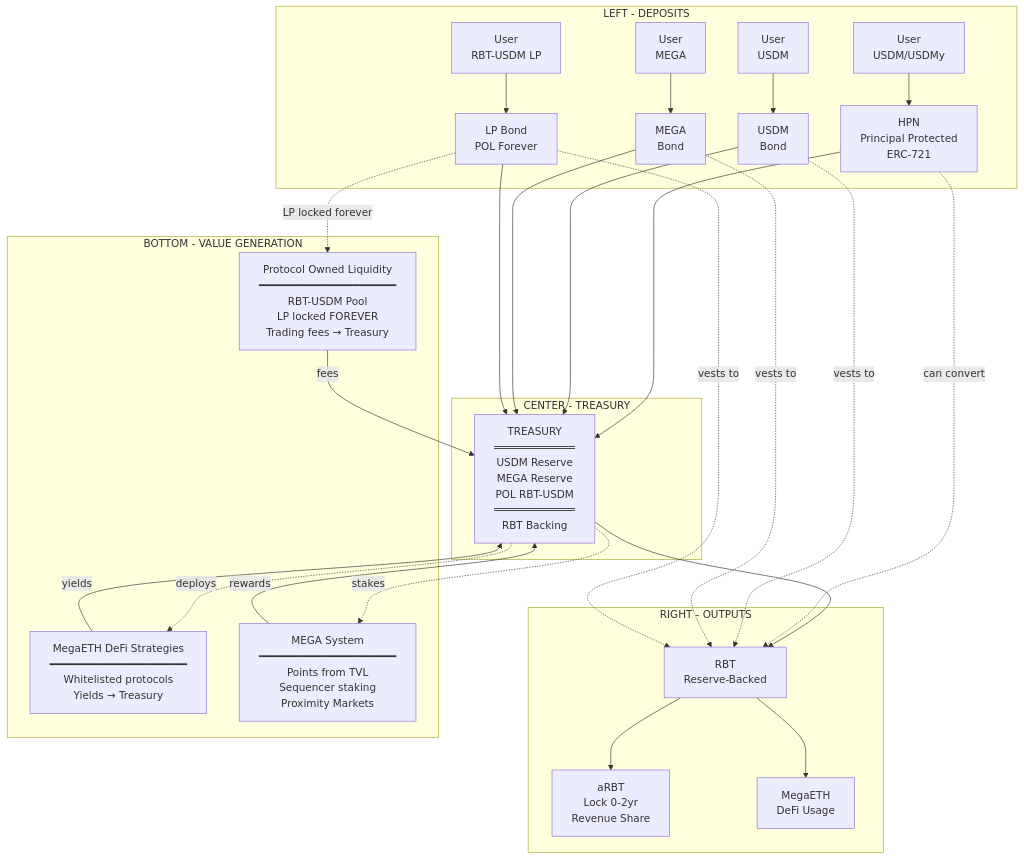
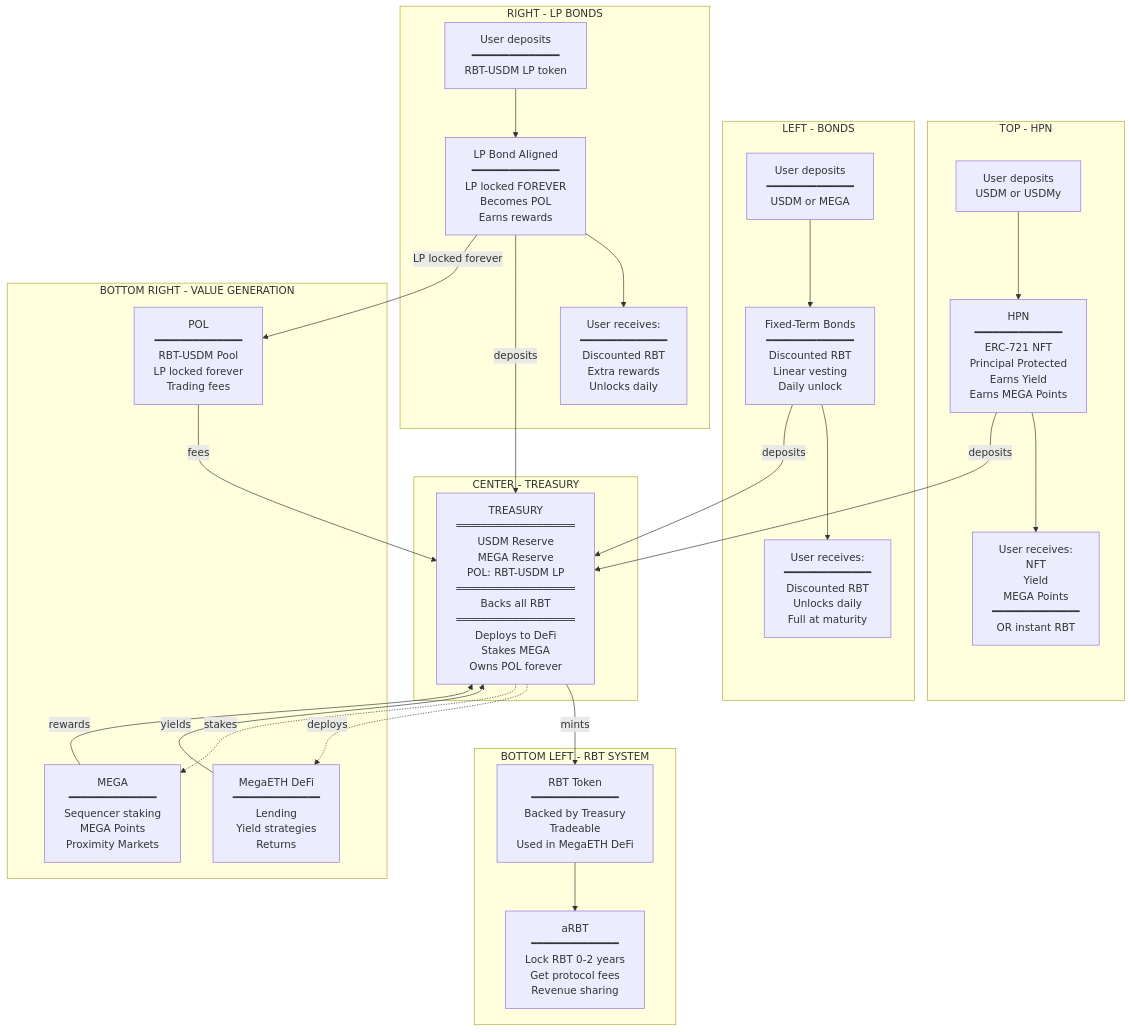
Before and after one commit to 0xJaehaerys/ohmega: the diagram in blackhaven-complete-system.md, drawn with Mermaid.

Commit message:
Add user flow arrows: show what users deposit and receive at each step

````diff
--- a/blackhaven-complete-system.md
+++ b/blackhaven-complete-system.md
@@ -5,62 +5,67 @@
 ```mermaid
 graph TB
-    subgraph "LEFT - DEPOSITS"
-        USER_HPN[User<br/>USDM/USDMy]
-        USER_USDM[User<br/>USDM]
-        USER_MEGA[User<br/>MEGA]
-        USER_LP[User<br/>RBT-USDM LP]
-        
-        HPN[HPN<br/>Principal Protected<br/>ERC-721]
-        BOND_USDM[USDM<br/>Bond]
-        BOND_MEGA[MEGA<br/>Bond]
-        LP_BOND[LP Bond<br/>POL Forever]
+    subgraph "TOP - HPN"
+        USER_HPN[User deposits<br/>USDM or USDMy]
+        HPN[HPN<br/>━━━━━━━━━━━━━━<br/>ERC-721 NFT<br/>Principal Protected<br/>Earns Yield<br/>Earns MEGA Points]
+        USER_HPN_OUT[User receives:<br/>NFT<br/>Yield<br/>MEGA Points<br/>━━━━━━━━━━━━━━<br/>OR instant RBT]
         
         USER_HPN --> HPN
-        USER_USDM --> BOND_USDM
-        USER_MEGA --> BOND_MEGA
-        USER_LP --> LP_BOND
+        HPN --> USER_HPN_OUT
+    end
+    
+    subgraph "LEFT - BONDS"
+        USER_BONDS[User deposits<br/>━━━━━━━━━━━━━━<br/>USDM or MEGA]
+        
+        BONDS[Fixed-Term Bonds<br/>━━━━━━━━━━━━━━<br/>Discounted RBT<br/>Linear vesting<br/>Daily unlock]
+        
+        USER_BONDS_OUT[User receives:<br/>━━━━━━━━━━━━━━<br/>Discounted RBT<br/>Unlocks daily<br/>Full at maturity]
+        
+        USER_BONDS --> BONDS
+        BONDS --> USER_BONDS_OUT
     end
     
     subgraph "CENTER - TREASURY"
-        TREASURY[TREASURY<br/>═════════════<br/>USDM Reserve<br/>MEGA Reserve<br/>POL RBT-USDM<br/>═════════════<br/>RBT Backing]
+        TREASURY[TREASURY<br/>═══════════════════<br/>USDM Reserve<br/>MEGA Reserve<br/>POL: RBT-USDM LP<br/>═══════════════════<br/>Backs all RBT<br/>═══════════════════<br/>Deploys to DeFi<br/>Stakes MEGA<br/>Owns POL forever]
     end
     
-    subgraph "RIGHT - OUTPUTS"
-        RBT[RBT<br/>Reserve-Backed]
-        ARBT[aRBT<br/>Lock 0-2yr<br/>Revenue Share]
+    subgraph "RIGHT - LP BONDS"
+        USER_LP[User deposits<br/>━━━━━━━━━━━━━━<br/>RBT-USDM LP token]
         
-        DEFI_USE[MegaETH<br/>DeFi Usage]
+        LP_BONDS[LP Bond Aligned<br/>━━━━━━━━━━━━━━<br/>LP locked FOREVER<br/>Becomes POL<br/>Earns rewards]
         
-        RBT --> ARBT
-        RBT --> DEFI_USE
+        USER_LP_OUT[User receives:<br/>━━━━━━━━━━━━━━<br/>Discounted RBT<br/>Extra rewards<br/>Unlocks daily]
+        
+        USER_LP --> LP_BONDS
+        LP_BONDS --> USER_LP_OUT
     end
     
-    subgraph "BOTTOM - VALUE GENERATION"
-        POL_VAULT[Protocol Owned Liquidity<br/>━━━━━━━━━━━━━━━━━━━━━━<br/>RBT-USDM Pool<br/>LP locked FOREVER<br/>Trading fees → Treasury]
+    subgraph "BOTTOM LEFT - RBT SYSTEM"
+        RBT_CIRCLE[RBT Token<br/>━━━━━━━━━━━━━━<br/>Backed by Treasury<br/>Tradeable<br/>Used in MegaETH DeFi]
         
-        DEFI_YIELD[MegaETH DeFi Strategies<br/>━━━━━━━━━━━━━━━━━━━━━━<br/>Whitelisted protocols<br/>Yields → Treasury]
+        ARBT_CIRCLE[aRBT<br/>━━━━━━━━━━━━━━<br/>Lock RBT 0-2 years<br/>Get protocol fees<br/>Revenue sharing]
         
-        MEGA_SYS[MEGA System<br/>━━━━━━━━━━━━━━━━━━━━━━<br/>Points from TVL<br/>Sequencer staking<br/>Proximity Markets]
+        RBT_CIRCLE --> ARBT_CIRCLE
     end
     
-    HPN --> TREASURY
-    BOND_USDM --> TREASURY
-    BOND_MEGA --> TREASURY
-    LP_BOND --> TREASURY
+    subgraph "BOTTOM RIGHT - VALUE GENERATION"
+        POL_GEN[POL<br/>━━━━━━━━━━━━━━<br/>RBT-USDM Pool<br/>LP locked forever<br/>Trading fees]
+        
+        DEFI_GEN[MegaETH DeFi<br/>━━━━━━━━━━━━━━<br/>Lending<br/>Yield strategies<br/>Returns]
+        
+        MEGA_GEN[MEGA<br/>━━━━━━━━━━━━━━<br/>Sequencer staking<br/>MEGA Points<br/>Proximity Markets]
+    end
     
-    LP_BOND -.->|LP locked forever| POL_VAULT
+    HPN -->|deposits| TREASURY
+    BONDS -->|deposits| TREASURY
+    LP_BONDS -->|deposits| TREASURY
+    LP_BONDS -->|LP locked forever| POL_GEN
     
-    TREASURY --> RBT
+    TREASURY -->|mints| RBT_CIRCLE
     
-    HPN -.->|can convert| RBT
-    BOND_USDM -.->|vests to| RBT
-    BOND_MEGA -.->|vests to| RBT
-    LP_BOND -.->|vests to| RBT
+    POL_GEN -->|fees| TREASURY
+    DEFI_GEN -->|yields| TREASURY
+    MEGA_GEN -->|rewards| TREASURY
     
-    POL_VAULT -->|fees| TREASURY
-    DEFI_YIELD -->|yields| TREASURY
-    MEGA_SYS -->|rewards| TREASURY
-    
-    TREASURY -.->|deploys| DEFI_YIELD
-    TREASURY -.->|stakes| MEGA_SYS
+    TREASURY -.->|deploys| DEFI_GEN
+    TREASURY -.->|stakes| MEGA_GEN
 ```
````
